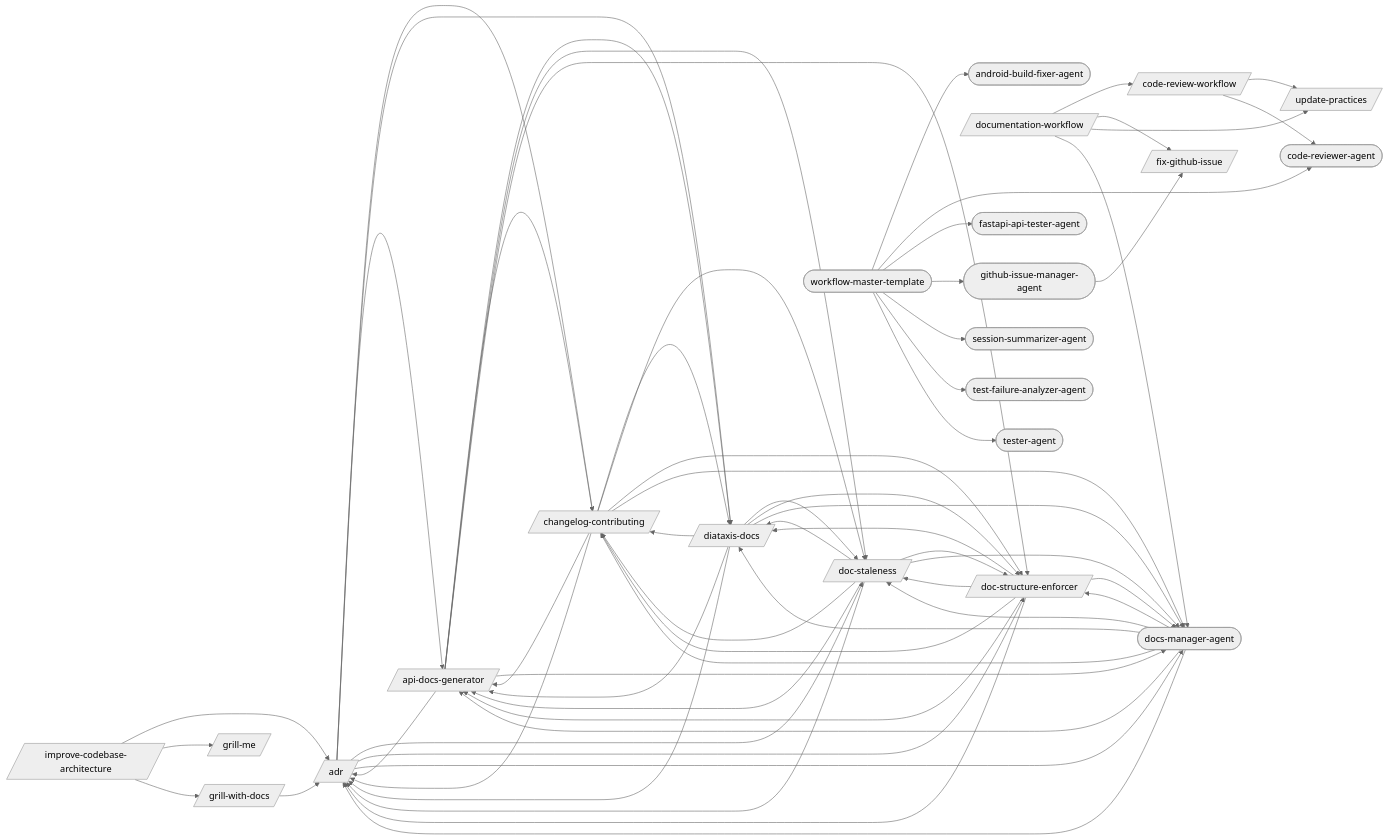
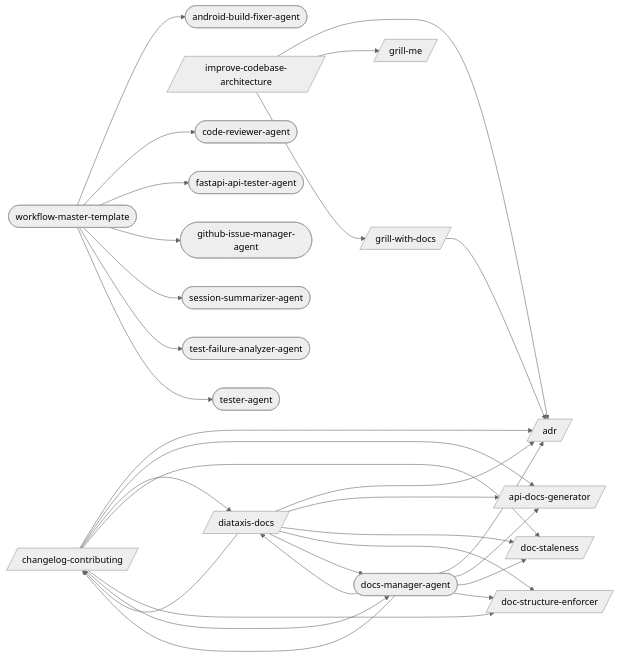
The first of 9 diagrams in docs/workflows/documentation.md (abhayla/claude-best-practices), drawn with Mermaid (neutral theme) before and after one commit. The commit also changed other lines of this file and 64 other files, not shown here.

```diff
--- a/docs/workflows/documentation.md
+++ b/docs/workflows/documentation.md
@@ -11,16 +11,12 @@
     adr[/adr/]
     api_docs_generator[/api-docs-generator/]
     changelog_contributing[/changelog-contributing/]
-    code_review_workflow[/code-review-workflow/]
     diataxis_docs[/diataxis-docs/]
     doc_staleness[/doc-staleness/]
     doc_structure_enforcer[/doc-structure-enforcer/]
-    documentation_workflow[/documentation-workflow/]
-    fix_github_issue[/fix-github-issue/]
     grill_me[/grill-me/]
     grill_with_docs[/grill-with-docs/]
     improve_codebase_architecture[/improve-codebase-architecture/]
-    update_practices[/update-practices/]
     android_build_fixer_agent([android-build-fixer-agent])
     code_reviewer_agent([code-reviewer-agent])
     docs_manager_agent([docs-manager-agent])
@@ -30,48 +26,18 @@
     test_failure_analyzer_agent([test-failure-analyzer-agent])
     tester_agent([tester-agent])
     workflow_master_template([workflow-master-template])
-    adr --> api_docs_generator
-    adr --> changelog_contributing
-    adr --> diataxis_docs
-    adr --> doc_staleness
-    adr --> doc_structure_enforcer
-    adr --> docs_manager_agent
-    api_docs_generator --> adr
-    api_docs_generator --> changelog_contributing
-    api_docs_generator --> diataxis_docs
-    api_docs_generator --> doc_staleness
-    api_docs_generator --> doc_structure_enforcer
-    api_docs_generator --> docs_manager_agent
     changelog_contributing --> adr
     changelog_contributing --> api_docs_generator
     changelog_contributing --> diataxis_docs
     changelog_contributing --> doc_staleness
     changelog_contributing --> doc_structure_enforcer
     changelog_contributing --> docs_manager_agent
-    code_review_workflow --> update_practices
-    code_review_workflow --> code_reviewer_agent
     diataxis_docs --> adr
     diataxis_docs --> api_docs_generator
     diataxis_docs --> changelog_contributing
     diataxis_docs --> doc_staleness
     diataxis_docs --> doc_structure_enforcer
     diataxis_docs --> docs_manager_agent
-    doc_staleness --> adr
-    doc_staleness --> api_docs_generator
-    doc_staleness --> changelog_contributing
-    doc_staleness --> diataxis_docs
-    doc_staleness --> doc_structure_enforcer
-    doc_staleness --> docs_manager_agent
-    doc_structure_enforcer --> adr
-    doc_structure_enforcer --> api_docs_generator
-    doc_structure_enforcer --> changelog_contributing
-    doc_structure_enforcer --> diataxis_docs
-    doc_structure_enforcer --> doc_staleness
-    doc_structure_enforcer --> docs_manager_agent
-    documentation_workflow --> code_review_workflow
-    documentation_workflow --> fix_github_issue
-    documentation_workflow --> update_practices
-    documentation_workflow --> docs_manager_agent
     grill_with_docs --> adr
     improve_codebase_architecture --> adr
     improve_codebase_architecture --> grill_me
@@ -82,7 +48,6 @@
     docs_manager_agent --> diataxis_docs
     docs_manager_agent --> doc_staleness
     docs_manager_agent --> doc_structure_enforcer
-    github_issue_manager_agent --> fix_github_issue
     workflow_master_template --> android_build_fixer_agent
     workflow_master_template --> code_reviewer_agent
     workflow_master_template --> fastapi_api_tester_agent
```
